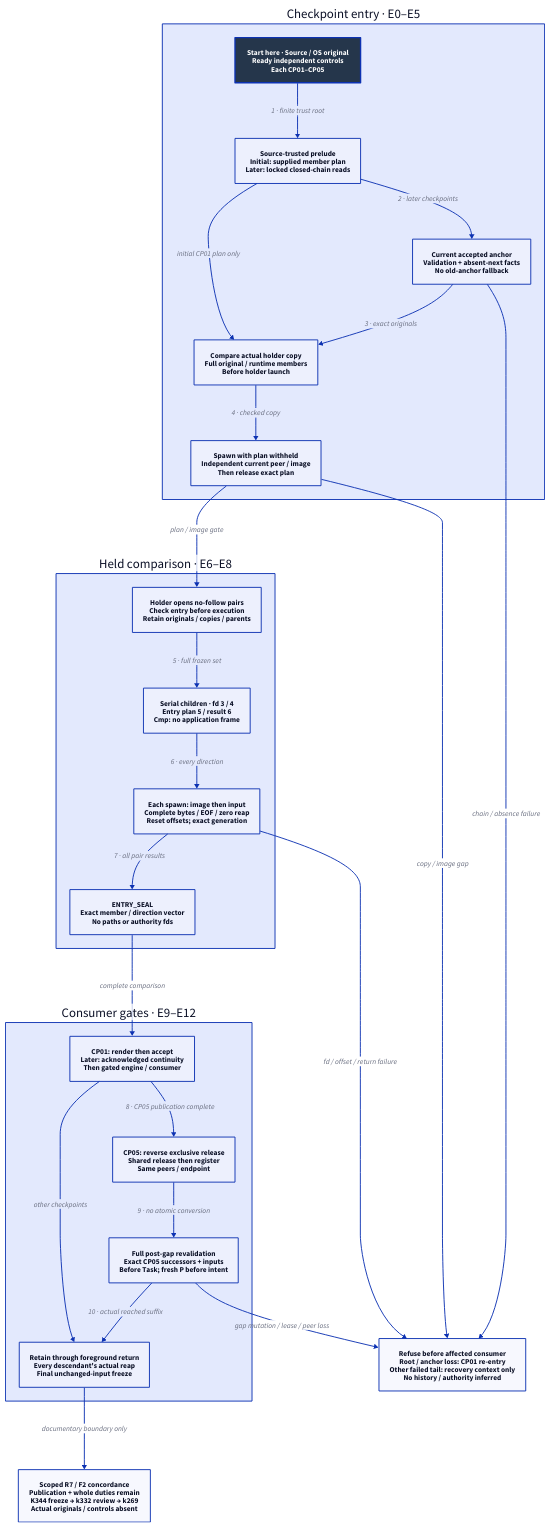
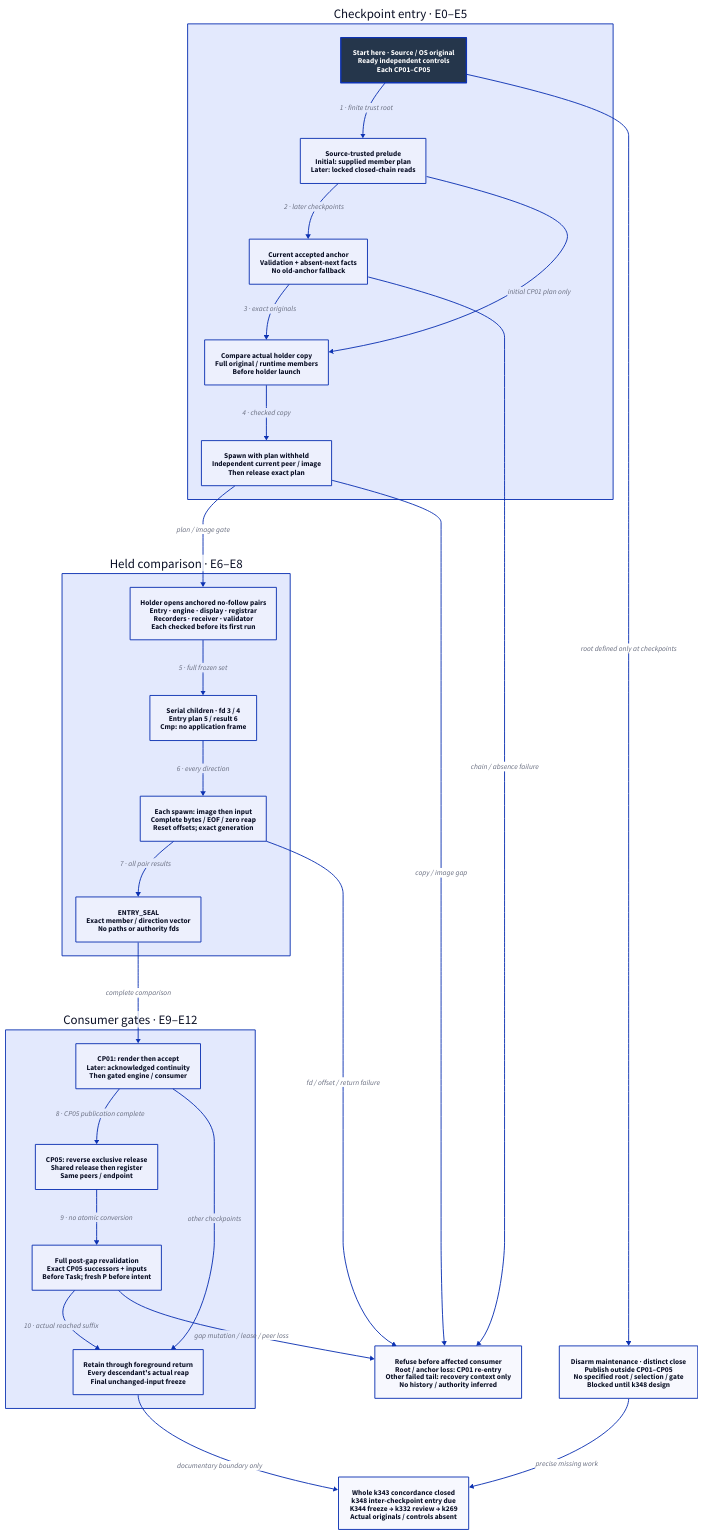
The diagram in docs/design/architecture/native-reference-proof.d2 (Linkuistics/Koine), drawn with D2 before and after one commit. The commit also changed 31 other files, not shown here.

Commit message:
Concord whole original obligations and externalize inter-checkpoint publication entry (reference-evidence-whole-obligation-concordance-k347; closes reference-evidence-whole-obligation-concordance-k343)

```diff
--- a/docs/design/architecture/native-reference-proof.d2
+++ b/docs/design/architecture/native-reference-proof.d2
@@ -1,51 +1,54 @@
-# Scoped pre-tool consumer concordance; publication/recovery and whole closure stay live.
+# Whole k343 concordance: anchored CP02–CP05 members; inter-checkpoint entry (k348) still due.
 direction: down
 classes: {
   start: {style: {fill: "#25364B"; font-color: "#FFFFFF"; bold: true; stroke-width: 3}}
 }
 Entry: {
   label: "Checkpoint entry · E0–E5"
   direction: down
   Start: "Start here · Source / OS original\nReady independent controls\nEach CP01–CP05" {class: start}
   Prelude: "Source-trusted prelude\nInitial: supplied member plan\nLater: locked closed-chain reads"
   Select: "Current accepted anchor\nValidation + absent-next facts\nNo old-anchor fallback"
   Gate: "Compare actual holder copy\nFull original / runtime members\nBefore holder launch"
   Image: "Spawn with plan withheld\nIndependent current peer / image\nThen release exact plan"
   Start -> Prelude: "1 · finite trust root"
   Prelude -> Select: "2 · later checkpoints"
   Select -> Gate: "3 · exact originals"
   Prelude -> Gate: "initial CP01 plan only"
   Gate -> Image: "4 · checked copy"
 }
 Compare: {
   label: "Held comparison · E6–E8"
   direction: down
-  Holder: "Holder opens no-follow pairs\nCheck entry before execution\nRetain originals / copies / parents"
+  Holder: "Holder opens anchored no-follow pairs\nEntry · engine · display · registrar\nRecorders · receiver · validator\nEach checked before its first run"
   Pairs: "Serial children · fd 3 / 4\nEntry plan 5 / result 6\nCmp: no application frame"
   Join: "Each spawn: image then input\nComplete bytes / EOF / zero reap\nReset offsets; exact generation"
   Seal: "ENTRY_SEAL\nExact member / direction vector\nNo paths or authority fds"
   Holder -> Pairs: "5 · full frozen set"
   Pairs -> Join: "6 · every direction"
   Join -> Seal: "7 · all pair results"
 }
 Consume: {
   label: "Consumer gates · E9–E12"
   direction: down
   Ready: "CP01: render then accept\nLater: acknowledged continuity\nThen gated engine / consumer"
   Transition: "CP05: reverse exclusive release\nShared release then register\nSame peers / endpoint"
   Recheck: "Full post-gap revalidation\nExact CP05 successors + inputs\nBefore Task; fresh P before intent"
   Return: "Retain through foreground return\nEvery descendant's actual reap\nFinal unchanged-input freeze"
   Ready -> Transition: "8 · CP05 publication complete"
   Transition -> Recheck: "9 · no atomic conversion"
   Recheck -> Return: "10 · actual reached suffix"
   Ready -> Return: "other checkpoints"
 }
 Unavailable: "Refuse before affected consumer\nRoot / anchor loss: CP01 re-entry\nOther failed tail: recovery context only\nNo history / authority inferred"
-Remaining: "Scoped R7 / F2 concordance\nPublication + whole duties remain\nK344 freeze → k332 review → k269\nActual originals / controls absent"
+Outside: "Disarm maintenance · distinct close\nPublish outside CP01–CP05\nNo specified root / selection / gate\nBlocked until k348 design"
+Remaining: "Whole k343 concordance closed\nk348 inter-checkpoint entry due\nK344 freeze → k332 review → k269\nActual originals / controls absent"
 Entry.Image -> Compare.Holder: "plan / image gate"
 Compare.Seal -> Consume.Ready: "complete comparison"
 Entry.Select -> Unavailable: "chain / absence failure"
 Entry.Image -> Unavailable: "copy / image gap"
 Compare.Join -> Unavailable: "fd / offset / return failure"
 Consume.Recheck -> Unavailable: "gap mutation / lease / peer loss"
 Consume.Return -> Remaining: "documentary boundary only"
+Entry.Start -> Outside: "root defined only at checkpoints"
+Outside -> Remaining: "precise missing work"
```
